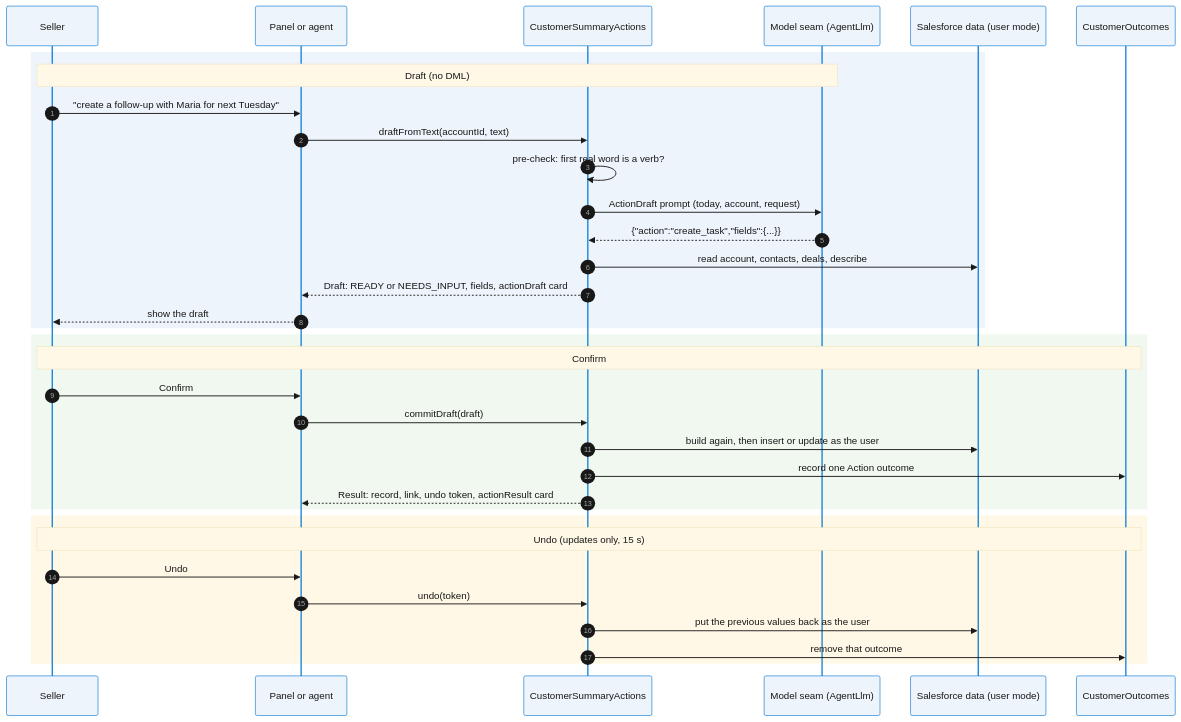
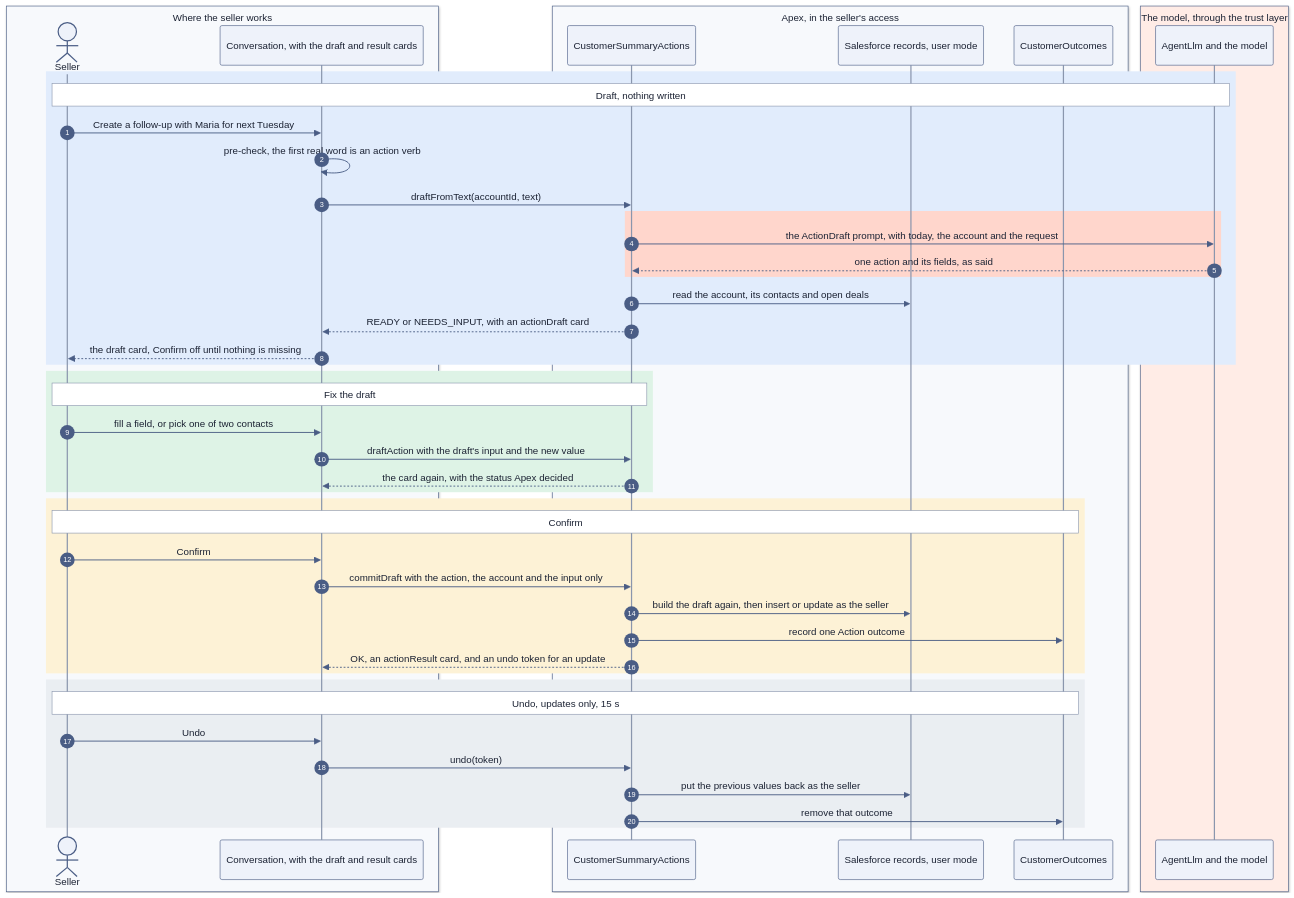
Before and after one commit to nelsben/generic-agent: the diagram in docs/patterns/13-write-actions.md, drawn with Mermaid. The commit also changed other lines of this file and 16 other files, not shown here.

````diff
--- a/docs/patterns/13-write-actions.md
+++ b/docs/patterns/13-write-actions.md
@@ -30,37 +37,51 @@
 ```mermaid
-%%{init: {"theme": "base", "themeVariables": {"fontFamily": "-apple-system, Segoe UI, Helvetica, Arial, sans-serif", "primaryColor": "#eef4fb", "primaryTextColor": "#181818", "primaryBorderColor": "#0176d3", "lineColor": "#5c5c5c", "noteBkgColor": "#fff8e6", "noteTextColor": "#181818"}}}%%
+%%{init: {"theme": "base", "themeVariables": {"fontFamily": "-apple-system, BlinkMacSystemFont, Segoe UI, Helvetica, Arial, sans-serif", "fontSize": "15px", "primaryColor": "#EEF2FA", "primaryBorderColor": "#4A5D85", "primaryTextColor": "#1B2233", "secondaryColor": "#F4F6F9", "tertiaryColor": "#FFFFFF", "lineColor": "#4A5D85", "textColor": "#1B2233", "actorBkg": "#EEF2FA", "actorBorder": "#4A5D85", "actorTextColor": "#1B2233", "actorLineColor": "#8A96AD", "signalColor": "#4A5D85", "signalTextColor": "#1B2233", "labelBoxBkgColor": "#FFFFFF", "labelBoxBorderColor": "#4A5D85", "labelTextColor": "#1B2233", "loopTextColor": "#1B2233", "noteBkgColor": "#FFFFFF", "noteBorderColor": "#8A96AD", "noteTextColor": "#1B2233", "sequenceNumberColor": "#FFFFFF", "activationBkgColor": "#DDE4F2", "activationBorderColor": "#4A5D85", "clusterBkg": "#F7F9FC", "clusterBorder": "#8A96AD", "edgeLabelBackground": "#FFFFFF"}}}%%
 sequenceDiagram
     autonumber
-    participant U as Seller
-    participant P as Panel or agent
-    participant A as CustomerSummaryActions
-    participant M as Model seam (AgentLlm)
-    participant S as Salesforce data (user mode)
-    participant O as CustomerOutcomes
-    rect rgb(238, 244, 251)
-        Note over U,M: Draft (no DML)
-        U->>P: "create a follow-up with Maria for next Tuesday"
-        P->>A: draftFromText(accountId, text)
-        A->>A: pre-check: first real word is a verb?
-        A->>M: ActionDraft prompt (today, account, request)
-        M-->>A: {"action":"create_task","fields":{...}}
-        A->>S: read account, contacts, deals, describe
-        A-->>P: Draft: READY or NEEDS_INPUT, fields, actionDraft card
-        P-->>U: show the draft
+    box rgb(247, 249, 252) Where the seller works
+        actor U as Seller
+        participant C as Conversation, with the draft and result cards
     end
-    rect rgb(240, 248, 240)
+    box rgb(247, 249, 252) Apex, in the seller's access
+        participant A as CustomerSummaryActions
+        participant S as Salesforce records, user mode
+        participant O as CustomerOutcomes
+    end
+    box rgb(255, 236, 230) The model, through the trust layer
+        participant M as AgentLlm and the model
+    end
+    rect rgb(225, 236, 252)
+        Note over U,M: Draft, nothing written
+        U->>C: Create a follow-up with Maria for next Tuesday
+        C->>C: pre-check, the first real word is an action verb
+        C->>A: draftFromText(accountId, text)
+        rect rgb(255, 214, 204)
+            A->>M: the ActionDraft prompt, with today, the account and the request
+            M-->>A: one action and its fields, as said
+        end
+        A->>S: read the account, its contacts and open deals
+        A-->>C: READY or NEEDS_INPUT, with an actionDraft card
+        C-->>U: the draft card, Confirm off until nothing is missing
+    end
+    rect rgb(222, 243, 230)
+        Note over U,A: Fix the draft
+        U->>C: fill a field, or pick one of two contacts
+        C->>A: draftAction with the draft's input and the new value
+        A-->>C: the card again, with the status Apex decided
+    end
+    rect rgb(253, 242, 214)
         Note over U,O: Confirm
-        U->>P: Confirm
-        P->>A: commitDraft(draft)
-        A->>S: build again, then insert or update as the user
+        U->>C: Confirm
+        C->>A: commitDraft with the action, the account and the input only
+        A->>S: build the draft again, then insert or update as the seller
         A->>O: record one Action outcome
-        A-->>P: Result: record, link, undo token, actionResult card
+        A-->>C: OK, an actionResult card, and an undo token for an update
     end
-    rect rgb(255, 248, 230)
-        Note over U,O: Undo (updates only, 15 s)
-        U->>P: Undo
-        P->>A: undo(token)
-        A->>S: put the previous values back as the user
+    rect rgb(234, 238, 242)
+        Note over U,O: Undo, updates only, 15 s
+        U->>C: Undo
+        C->>A: undo(token)
+        A->>S: put the previous values back as the seller
         A->>O: remove that outcome
     end
 ```
````
